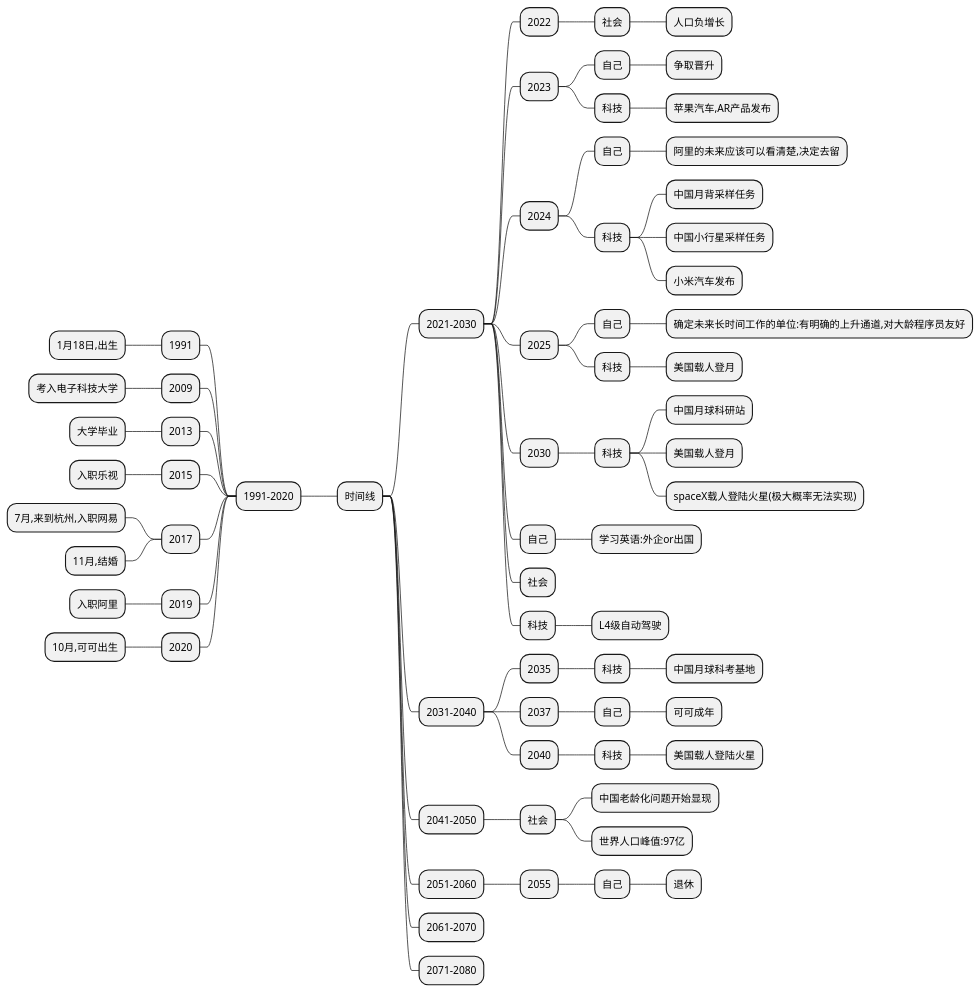
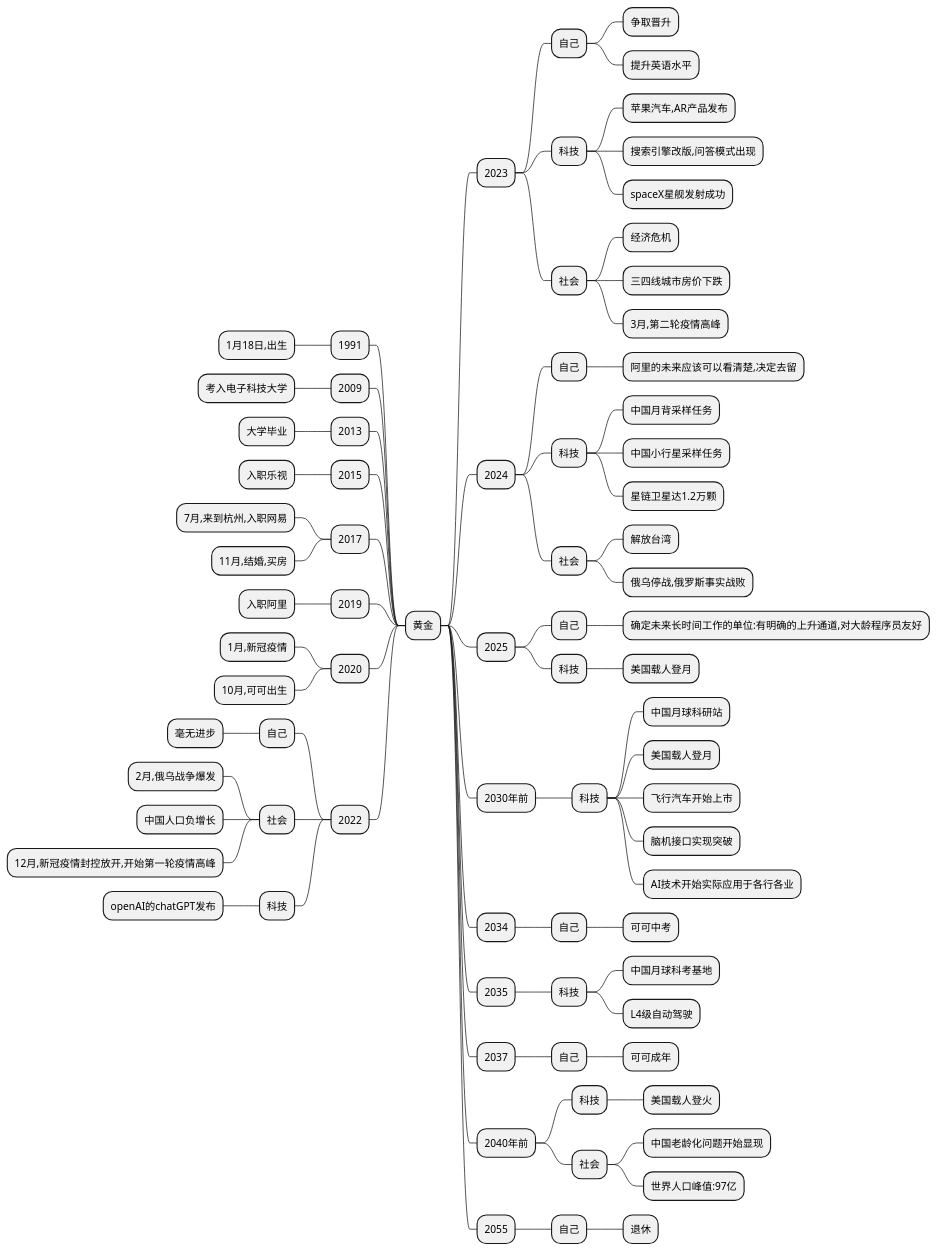
One commit to Huang2070/alpha-centauri-c changed the diagram in E·创作/思考/2070.plantuml. Above: the diagram before and after it, drawn with PlantUML.

```diff
--- a/E·创作/思考/2070.plantuml
+++ b/E·创作/思考/2070.plantuml
@@ -1,99 +1,101 @@
-@startmindmap 未来
-* 时间线
+@startmindmap 黄金
+* 黄金
 
 left side
 
-** 1991-2020
-*** 1991
-**** 1月18日,出生
-*** 2009
-**** 考入电子科技大学
-*** 2013
-**** 大学毕业
-*** 2015
-**** 入职乐视
-*** 2017
-**** 7月,来到杭州,入职网易
-**** 11月,结婚
-*** 2019
-**** 入职阿里
-*** 2020
-**** 10月,可可出生
+** 1991
+*** 1月18日,出生
+** 2009
+*** 考入电子科技大学
+** 2013
+*** 大学毕业
+** 2015
+*** 入职乐视
+** 2017
+*** 7月,来到杭州,入职网易
+*** 11月,结婚,买房
+** 2019
+*** 入职阿里
+** 2020
+*** 1月,新冠疫情
+*** 10月,可可出生
+** 2022
+*** 自己
+**** 毫无进步
+*** 社会
+**** 2月,俄乌战争爆发
+**** 中国人口负增长
+**** 12月,新冠疫情封控放开,开始第一轮疫情高峰
+*** 科技
+**** openAI的chatGPT发布
+
 
 
 right side
 
-** 2021-2030
+** 2023
+*** 自己
+**** 争取晋升
+**** 提升英语水平
+*** 科技
+**** 苹果汽车,AR产品发布
+**** 搜索引擎改版,问答模式出现
+**** spaceX星舰发射成功
+*** 社会
+**** 经济危机
+**** 三四线城市房价下跌
+**** 3月,第二轮疫情高峰
 
-*** 2022
-**** 社会
-***** 人口负增长
-
-*** 2023
-**** 自己
-***** 争取晋升
-**** 科技
-***** 苹果汽车,AR产品发布
-
-*** 2024
-**** 自己
-***** 阿里的未来应该可以看清楚,决定去留
-**** 科技
-***** 中国月背采样任务
-***** 中国小行星采样任务
-***** 小米汽车发布
+** 2024
+*** 自己
+**** 阿里的未来应该可以看清楚,决定去留
+*** 科技
+**** 中国月背采样任务
+**** 中国小行星采样任务
+**** 星链卫星达1.2万颗
+*** 社会
+**** 解放台湾
+**** 俄乌停战,俄罗斯事实战败
 
 
-*** 2025
-**** 自己
-***** 确定未来长时间工作的单位:有明确的上升通道,对大龄程序员友好
-**** 科技
-***** 美国载人登月
+** 2025
+*** 自己
+**** 确定未来长时间工作的单位:有明确的上升通道,对大龄程序员友好
+*** 科技
+**** 美国载人登月
 
 
-*** 2030
-**** 科技
-***** 中国月球科研站
-***** 美国载人登月
-***** spaceX载人登陆火星(极大概率无法实现)
+** 2030年前
+*** 科技
+**** 中国月球科研站
+**** 美国载人登月
+**** 飞行汽车开始上市
+**** 脑机接口实现突破
+**** AI技术开始实际应用于各行各业
 
+** 2034
 *** 自己
-**** 学习英语:外企or出国
-*** 社会
+**** 可可中考
 
+** 2035
 *** 科技
+**** 中国月球科考基地
 **** L4级自动驾驶
 
+** 2037
+*** 自己
+**** 可可成年
 
-
-
-
-** 2031-2040
-*** 2035
-**** 科技
-***** 中国月球科考基地
-
-*** 2037
-**** 自己
-***** 可可成年
-
-*** 2040
-**** 科技
-***** 美国载人登陆火星
-
-** 2041-2050
+** 2040年前
+*** 科技
+**** 美国载人登火
 
 *** 社会
 **** 中国老龄化问题开始显现
 **** 世界人口峰值:97亿
 
-** 2051-2060
-*** 2055
-**** 自己
-***** 退休
-
-** 2061-2070
-
-** 2071-2080
+** 2055
+*** 自己
+**** 退休
 
 @endmindmap
```
